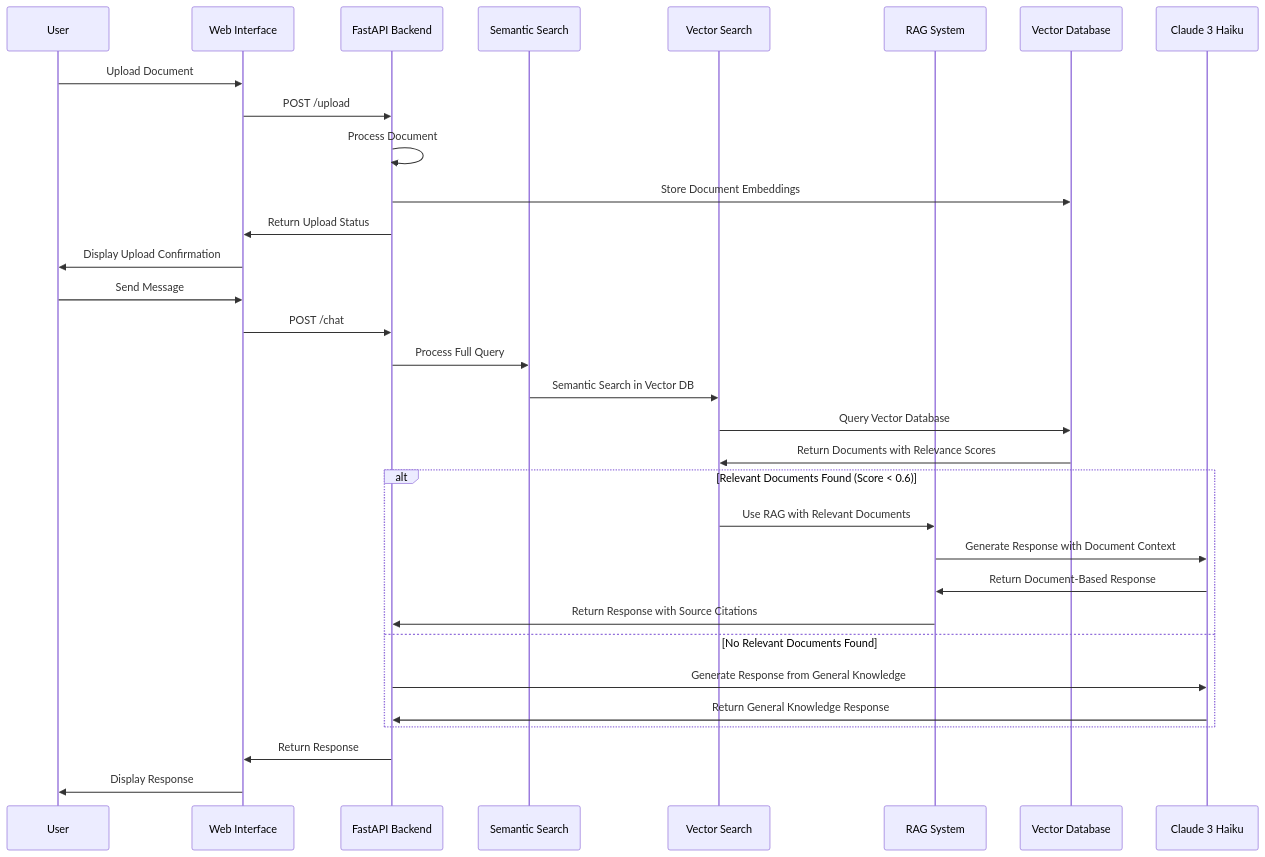
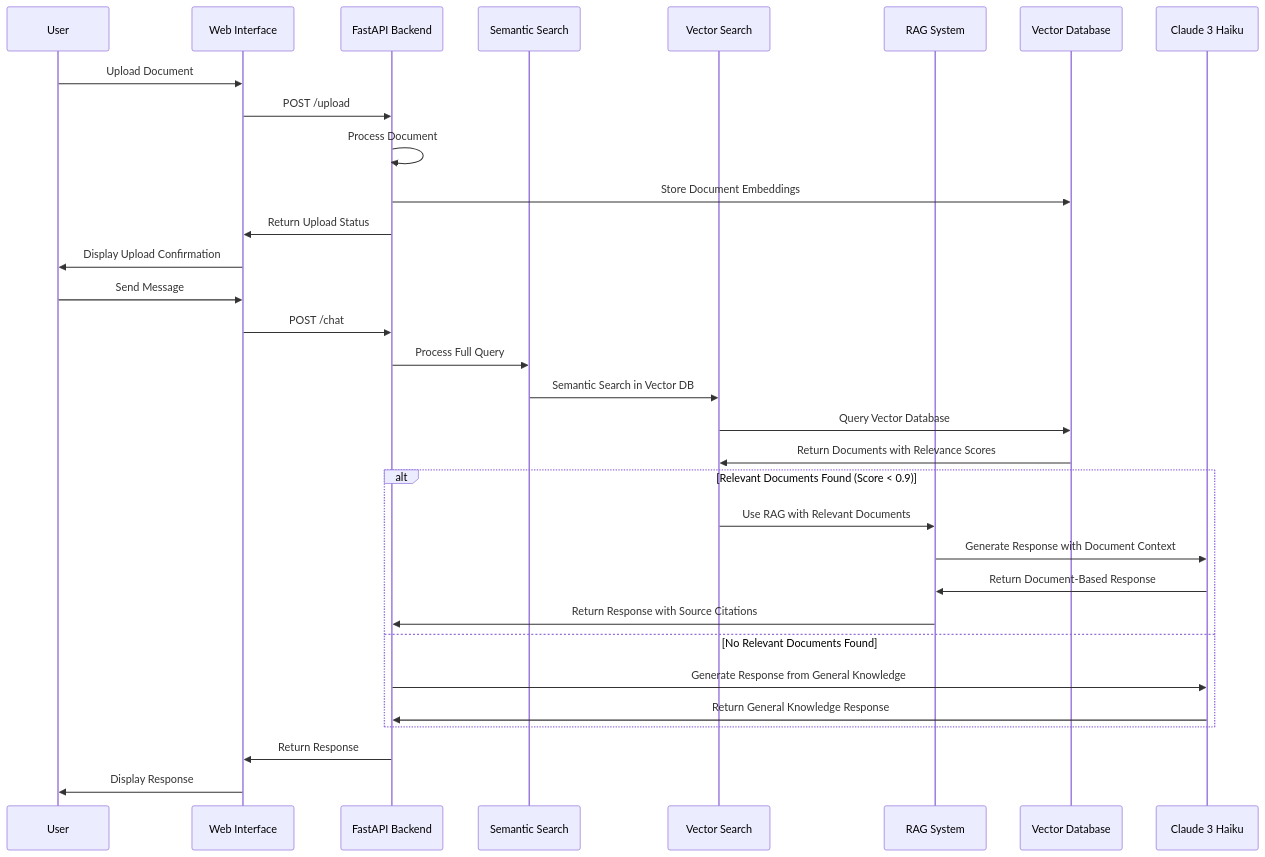
Before and after one commit to gunavj-agent/claudebot: the second of 4 diagrams in docs/architecture.md, drawn with Mermaid. The commit also changed 2 other files, not shown here.

Commit message:
Upgrade RAG system from keyword-based to semantic search with improved threshold

````diff
--- a/docs/architecture.md
+++ b/docs/architecture.md
@@ -72,40 +72,40 @@
 ```mermaid
 sequenceDiagram
     participant User
     participant UI as Web Interface
     participant API as FastAPI Backend
     participant SS as Semantic Search
     participant VS as Vector Search
     participant RAG as RAG System
     participant VDB as Vector Database
     participant Claude as Claude 3 Haiku
     
     %% Document Upload Flow
     User->>UI: Upload Document
     UI->>API: POST /upload
     API->>API: Process Document
     API->>VDB: Store Document Embeddings
     API->>UI: Return Upload Status
     UI->>User: Display Upload Confirmation
     
     %% Chat Flow
     User->>UI: Send Message
     UI->>API: POST /chat
     API->>SS: Process Full Query
     SS->>VS: Semantic Search in Vector DB
     VS->>VDB: Query Vector Database
     VDB->>VS: Return Documents with Relevance Scores
     
-    alt Relevant Documents Found (Score < 0.6)
+    alt Relevant Documents Found (Score < 0.9)
         VS->>RAG: Use RAG with Relevant Documents
         RAG->>Claude: Generate Response with Document Context
         Claude->>RAG: Return Document-Based Response
         RAG->>API: Return Response with Source Citations
     else No Relevant Documents Found
         API->>Claude: Generate Response from General Knowledge
         Claude->>API: Return General Knowledge Response
     end
     
     API->>UI: Return Response
     UI->>User: Display Response
 ```
````
